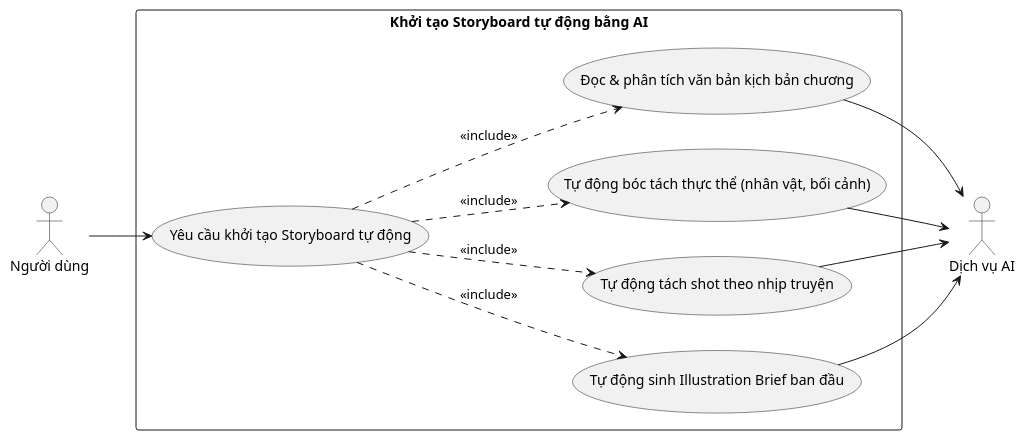
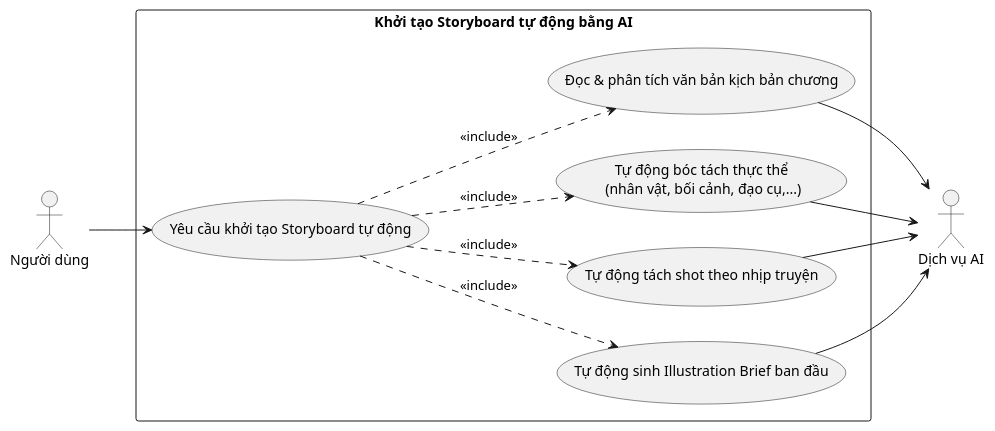
The diagram in docs/bieu-do-uc/bieu-do-phan-ra/tao-va-chinh-sua-storyboard/khoi-tao-storyboard-tu-dong.puml (202416852-anhpv/story2video-docs), drawn with PlantUML before and after one commit. The commit also changed 7 other files, not shown here.

```diff
--- a/docs/bieu-do-uc/bieu-do-phan-ra/tao-va-chinh-sua-storyboard/khoi-tao-storyboard-tu-dong.puml
+++ b/docs/bieu-do-uc/bieu-do-phan-ra/tao-va-chinh-sua-storyboard/khoi-tao-storyboard-tu-dong.puml
@@ -1,27 +1,27 @@
 @startuml khoi-tao-storyboard-tu-dong
 left to right direction
 
 actor "Người dùng" as User
 actor "Dịch vụ AI" as AI_Service
 
 rectangle "Khởi tạo Storyboard tự động bằng AI" {
     usecase "Yêu cầu khởi tạo Storyboard tự động" as UC_01
     usecase "Đọc & phân tích văn bản kịch bản chương" as UC_02
-    usecase "Tự động bóc tách thực thể (nhân vật, bối cảnh)" as UC_03
+    usecase "Tự động bóc tách thực thể\n (nhân vật, bối cảnh, đạo cụ,...)" as UC_03
     usecase "Tự động tách shot theo nhịp truyện" as UC_04
     usecase "Tự động sinh Illustration Brief ban đầu" as UC_05
 }
 
 User --> UC_01
 
 UC_01 ..> UC_02 : <<include>>
 UC_01 ..> UC_03 : <<include>>
 UC_01 ..> UC_04 : <<include>>
 UC_01 ..> UC_05 : <<include>>
 
 UC_02 --> AI_Service
 UC_03 --> AI_Service
 UC_04 --> AI_Service
 UC_05 --> AI_Service
 
 @enduml
```
